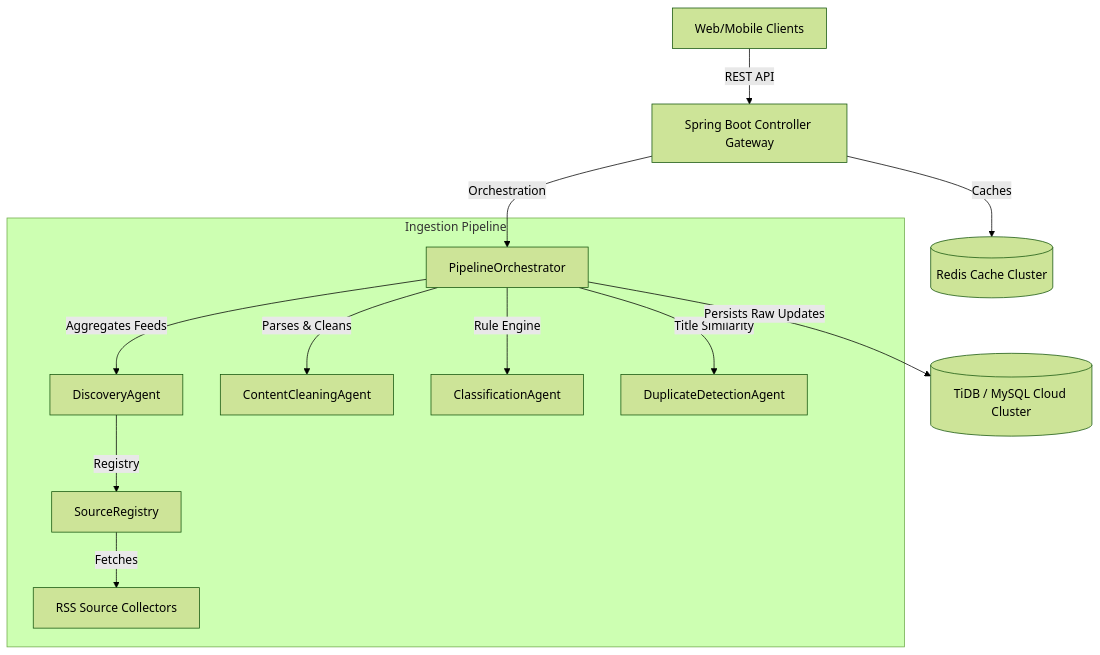
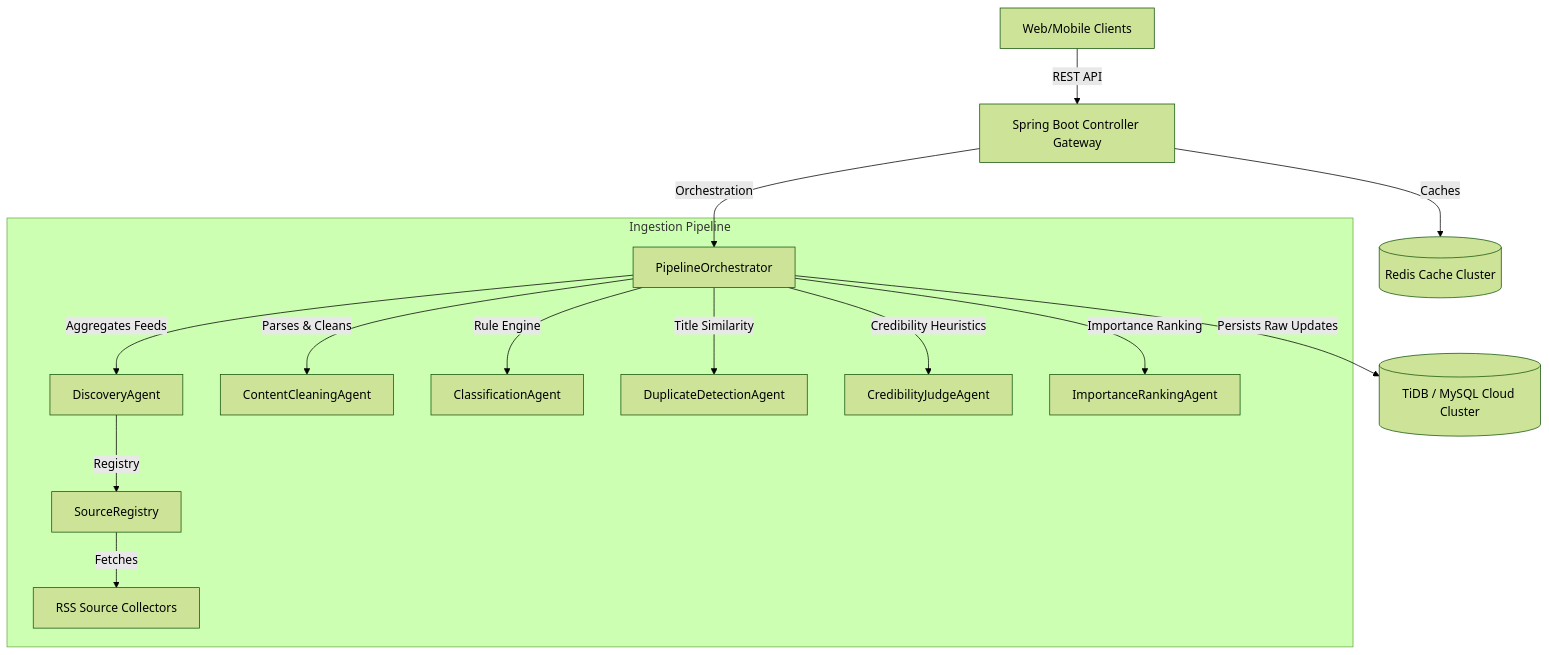
The diagram in docs/Architecture.md (karannchaudhari04/TechPulse-AI), drawn with Mermaid (forest theme) before and after one commit. The commit also changed other lines of this file and 171 other files, not shown here.

````diff
--- a/docs/Architecture.md
+++ b/docs/Architecture.md
@@ -11,18 +11,20 @@
 ```mermaid
 graph TB
     Client[Web/Mobile Clients] -->|REST API| Gateway[Spring Boot Controller Gateway]
     Gateway -->|Orchestration| Orchestrator[PipelineOrchestrator]
     
     subgraph Ingestion Pipeline
         Orchestrator -->|Aggregates Feeds| Discovery[DiscoveryAgent]
         Discovery -->|Registry| Registry[SourceRegistry]
         Registry -->|Fetches| Collectors[RSS Source Collectors]
         
         Orchestrator -->|Parses & Cleans| Cleaner[ContentCleaningAgent]
         Orchestrator -->|Rule Engine| Classifier[ClassificationAgent]
         Orchestrator -->|Title Similarity| Deduplicator[DuplicateDetectionAgent]
+        Orchestrator -->|Credibility Heuristics| Credibility[CredibilityJudgeAgent]
+        Orchestrator -->|Importance Ranking| Importance[ImportanceRankingAgent]
     end
     
     Orchestrator -->|Persists Raw Updates| DB[(TiDB / MySQL Cloud Cluster)]
     Gateway -->|Caches| Cache[(Redis Cache Cluster)]
 ```
````
